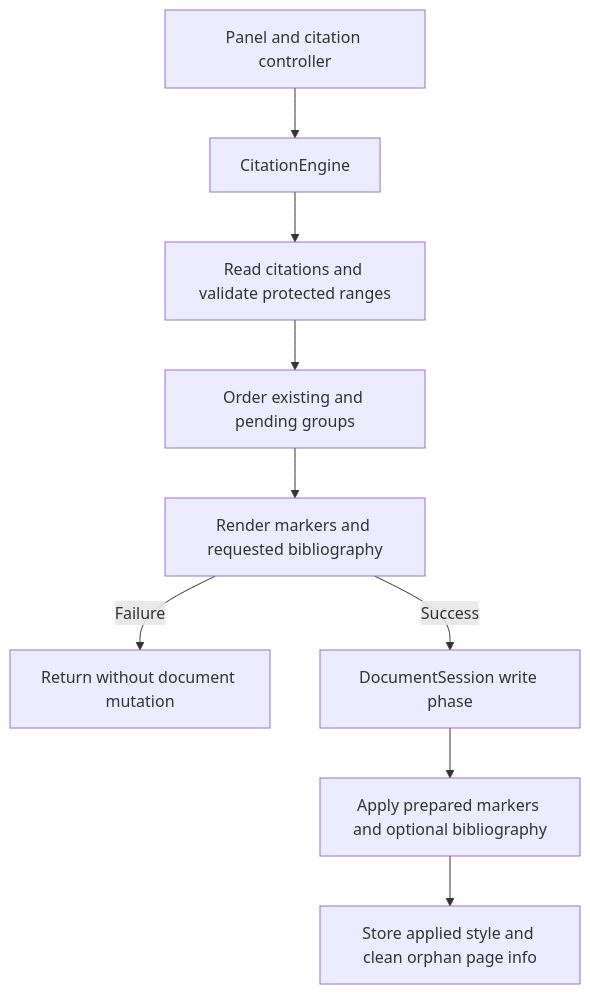
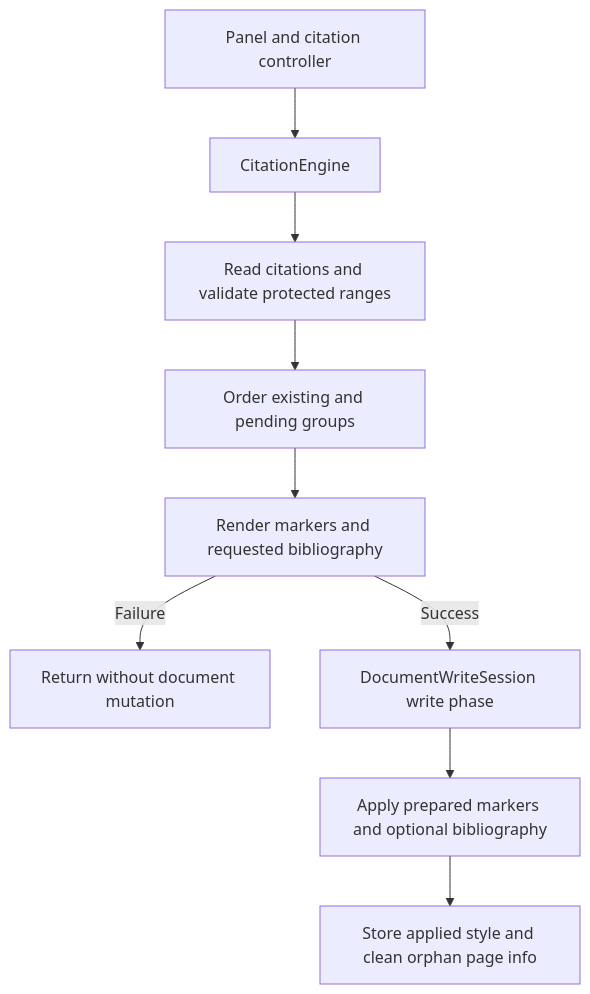
Before and after one commit to JabRef/jabref: the diagram in docs/code-howtos/openoffice/overview.md, drawn with Mermaid. The commit also changed other lines of this file and 111 other files, not shown here.

````diff
--- a/docs/code-howtos/openoffice/overview.md
+++ b/docs/code-howtos/openoffice/overview.md
@@ -52,11 +52,11 @@
 ```mermaid
 flowchart TD
     Gui[Panel and citation controller] --> Engine[CitationEngine]
     Engine --> Read[Read citations and validate protected ranges]
     Read --> Order[Order existing and pending groups]
     Order --> Render[Render markers and requested bibliography]
     Render -->|Failure| Error[Return without document mutation]
-    Render -->|Success| Session[DocumentSession write phase]
+    Render -->|Success| Session[DocumentWriteSession write phase]
     Session --> Apply[Apply prepared markers and optional bibliography]
     Apply --> State[Store applied style and clean orphan page info]
 ```
````
